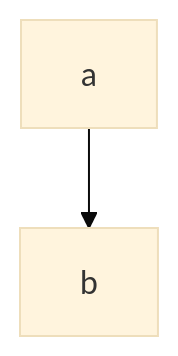
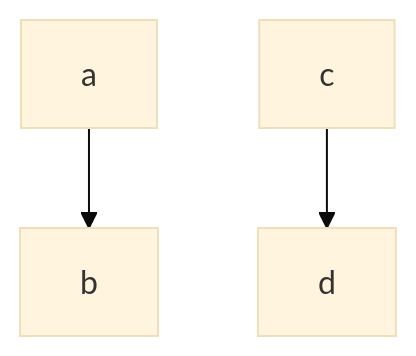
One commit to swimmio/csharp-shaul-test changed the diagram in .swm/mermaid-test-2.ku9o3efx.sw.md. Above: the diagram before and after it, drawn with Mermaid (base theme).

Commit message:
docs(swimm): update doc: mermaid test 2

````diff
--- a/.swm/mermaid-test-2.ku9o3efx.sw.md
+++ b/.swm/mermaid-test-2.ku9o3efx.sw.md
@@ -4,4 +4,5 @@
 ```mermaid
 graph TD
 a --> b
+c --> d
 ```
````
